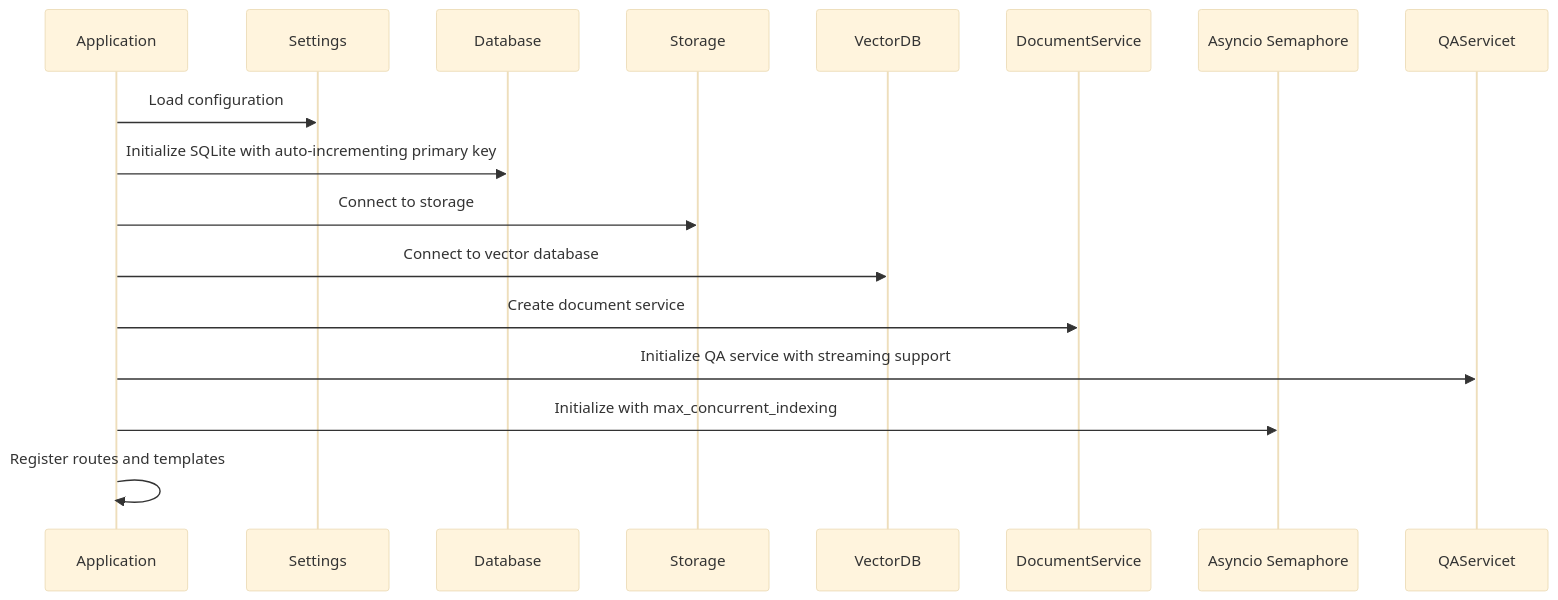
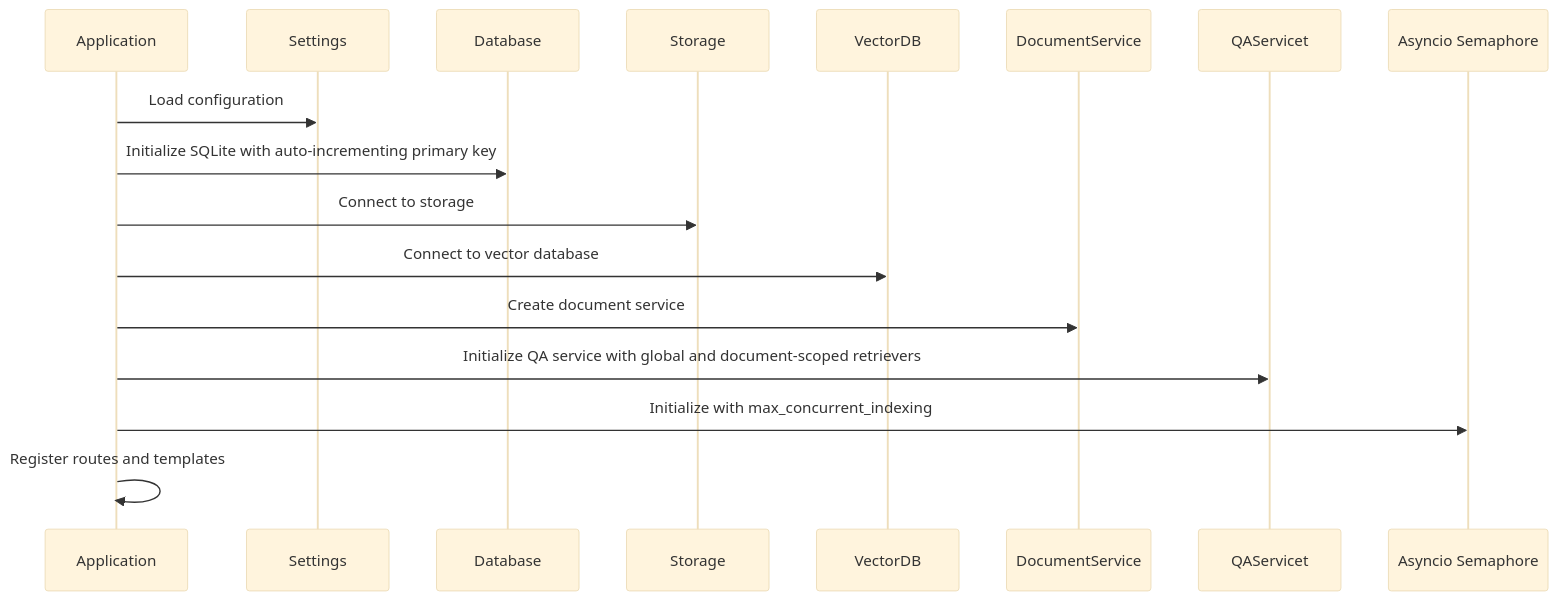
Before and after one commit to ognelis/cafetera_hr_bot: the second of 26 diagrams in .qoder/repowiki/en/content/Document Management System.md, drawn with Mermaid (base theme). The commit also changed other lines of this file and 29 other files, not shown here.

````diff
--- a/.qoder/repowiki/en/content/Document Management System.md
+++ b/.qoder/repowiki/en/content/Document Management System.md
@@ -216,19 +229,19 @@
 ```mermaid
 sequenceDiagram
 participant App as Application
 participant Config as Settings
 participant DB as Database
 participant S3 as Storage
 participant Qdrant as VectorDB
 participant Service as DocumentService
+participant QAService as QAServicet
 participant Semaphore as Asyncio Semaphore
-participant QAService as QAServicet
 App->>Config : Load configuration
 App->>DB : Initialize SQLite with auto-incrementing primary key
 App->>S3 : Connect to storage
 App->>Qdrant : Connect to vector database
 App->>Service : Create document service
-App->>QAService : Initialize QA service with streaming support
+App->>QAService : Initialize QA service with global and document-scoped retrievers
 App->>Semaphore : Initialize with max_concurrent_indexing
 App->>App : Register routes and templates
 ```
````
